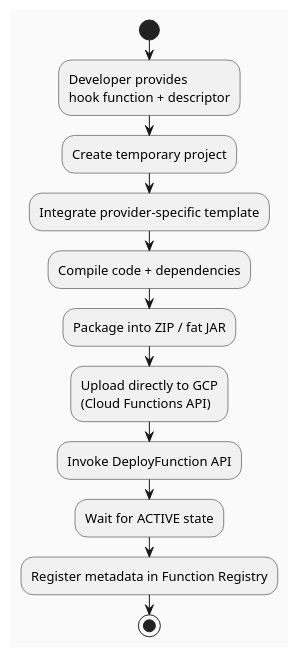
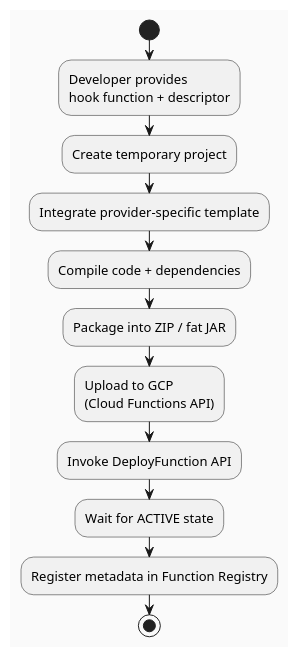
The second of 8 diagrams in omni-flow-main/Apresentacao-Orientador.md (EngenheiroPedroCarvalho/ISEL-Thesis-2526), drawn with PlantUML before and after one commit. The commit also changed other lines of this file, not shown here.

````diff
--- a/omni-flow-main/Apresentacao-Orientador.md
+++ b/omni-flow-main/Apresentacao-Orientador.md
@@ -75,18 +75,18 @@
 ```plantuml
 @startuml
 skinparam backgroundColor #FAFAFA
 skinparam defaultFontSize 13
 
 start
 :Developer provides\nhook function + descriptor;
 :Create temporary project;
 :Integrate provider-specific template;
 :Compile code + dependencies;
 :Package into ZIP / fat JAR;
-:Upload directly to GCP\n(Cloud Functions API);
+:Upload to GCP\n(Cloud Functions API);
 :Invoke DeployFunction API;
 :Wait for ACTIVE state;
 :Register metadata in Function Registry;
 stop
 @enduml
 ```
````
